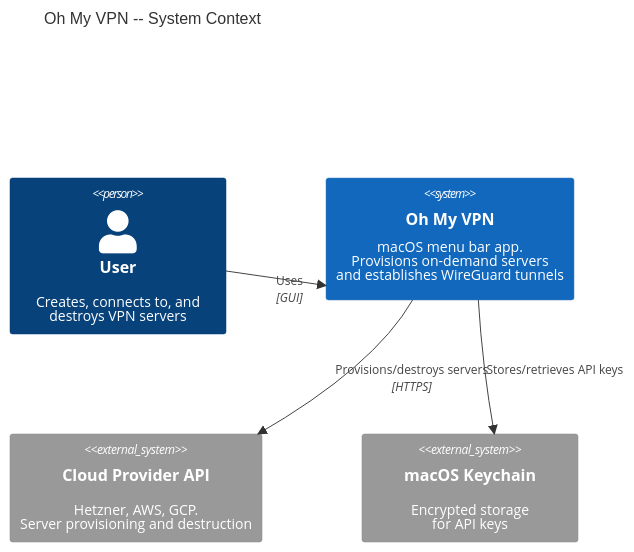
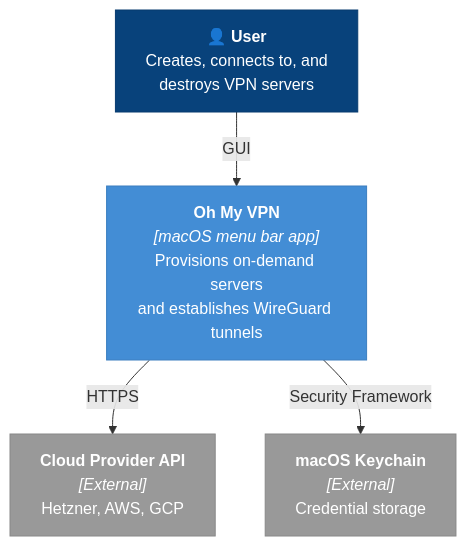
The diagram in docs/architecture/context.md (saemanas/oh-my-vpn), drawn with Mermaid before and after one commit. The commit also changed 1 other file, not shown here.

Commit message:
refactor(architecture): replace C4 diagrams with flowcharts for readability
- context.md: C4Context -> flowchart with C4 color styling
- containers.md: C4Container -> flowchart, reduce to 2 containers
- containers.md: add backend internal modules diagram (6 modules)
- All diagrams render cleanly with no line overlap

````diff
--- a/docs/architecture/context.md
+++ b/docs/architecture/context.md
@@ -11,16 +11,19 @@
 ```mermaid
-C4Context
-    title Oh My VPN -- System Context
+flowchart TD
+    user["👤 <b>User</b><br/>Creates, connects to, and<br/>destroys VPN servers"]
+    ohMyVpn["<b>Oh My VPN</b><br/><i>[macOS menu bar app]</i><br/>Provisions on-demand servers<br/>and establishes WireGuard tunnels"]
+    cloudApi["<b>Cloud Provider API</b><br/><i>[External]</i><br/>Hetzner, AWS, GCP"]
+    keychain["<b>macOS Keychain</b><br/><i>[External]</i><br/>Credential storage"]
 
-    Person(user, "User", "Creates, connects to, and<br/>destroys VPN servers")
-    System(ohMyVpn, "Oh My VPN", "macOS menu bar app.<br/>Provisions on-demand servers<br/>and establishes WireGuard tunnels")
+    user -->|"GUI"| ohMyVpn
+    ohMyVpn -->|"HTTPS"| cloudApi
+    ohMyVpn -->|"Security Framework"| keychain
 
-    System_Ext(cloudApi, "Cloud Provider API", "Hetzner, AWS, GCP.<br/>Server provisioning and destruction")
-    System_Ext(keychain, "macOS Keychain", "Encrypted storage<br/>for API keys")
+    classDef system fill:#438dd5,stroke:#3c7fc0,color:#fff
+    classDef person fill:#08427b,stroke:#073b6f,color:#fff
+    classDef external fill:#999,stroke:#888,color:#fff
 
-    Rel(user, ohMyVpn, "Uses", "GUI")
-    Rel(ohMyVpn, cloudApi, "Provisions/destroys servers", "HTTPS")
-    Rel(ohMyVpn, keychain, "Stores/retrieves API keys")
-
-    UpdateLayoutConfig($c4ShapeInRow="2", $c4BoundaryInRow="1")
+    class user person
+    class ohMyVpn system
+    class cloudApi,keychain external
 ```
````
